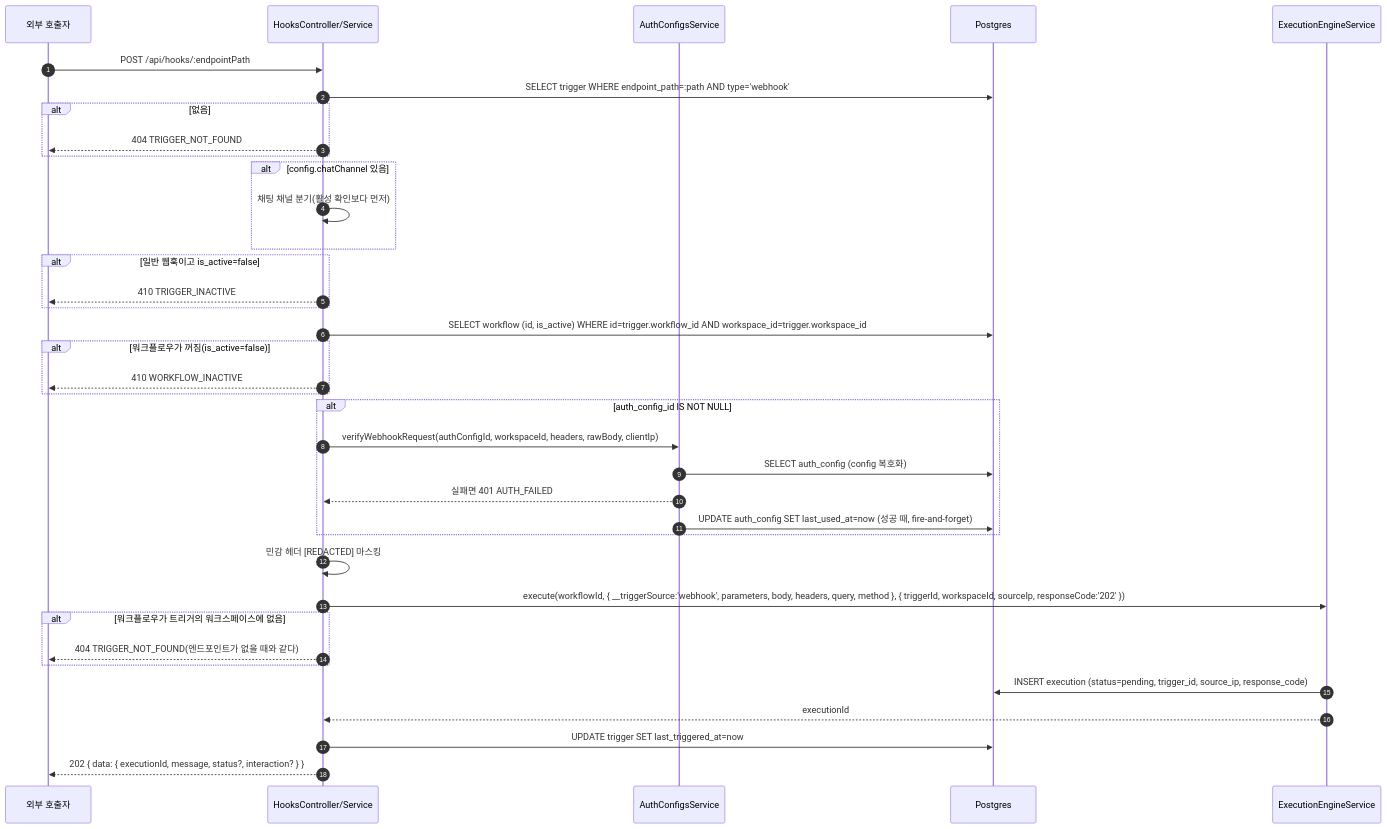
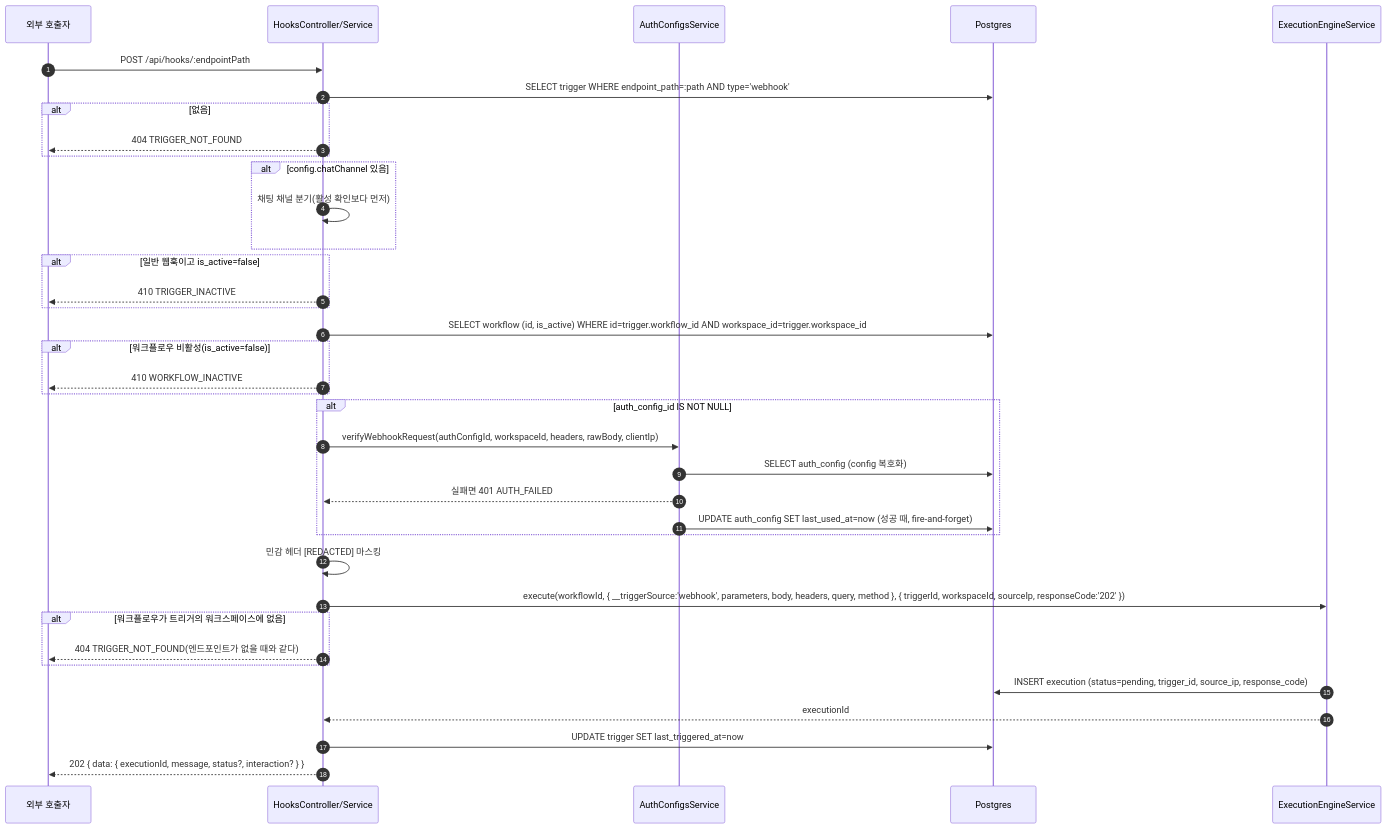
The third of 6 diagrams in spec/CLE-TRIG/CLE-TRIG-DATA.md (worker-ants/clemvion), drawn with Mermaid before and after one commit. The commit also changed other lines of this file and 13 other files, not shown here.

````diff
--- a/spec/CLE-TRIG/CLE-TRIG-DATA.md
+++ b/spec/CLE-TRIG/CLE-TRIG-DATA.md
@@ -242,39 +242,39 @@
 ```mermaid
 sequenceDiagram
     autonumber
     participant Ext as 외부 호출자
     participant Hk as HooksController/Service
     participant AC as AuthConfigsService
     participant PG as Postgres
     participant Eng as ExecutionEngineService
     Ext->>Hk: POST /api/hooks/:endpointPath
     Hk->>PG: SELECT trigger WHERE endpoint_path=:path AND type='webhook'
     alt 없음
         Hk-->>Ext: 404 TRIGGER_NOT_FOUND
     end
     alt config.chatChannel 있음
         Hk->>Hk: 채팅 채널 분기(활성 확인보다 먼저)
     end
     alt 일반 웹훅이고 is_active=false
         Hk-->>Ext: 410 TRIGGER_INACTIVE
     end
     Hk->>PG: SELECT workflow (id, is_active) WHERE id=trigger.workflow_id AND workspace_id=trigger.workspace_id
-    alt 워크플로우가 꺼짐(is_active=false)
+    alt 워크플로우 비활성(is_active=false)
         Hk-->>Ext: 410 WORKFLOW_INACTIVE
     end
     alt auth_config_id IS NOT NULL
         Hk->>AC: verifyWebhookRequest(authConfigId, workspaceId, headers, rawBody, clientIp)
         AC->>PG: SELECT auth_config (config 복호화)
         AC-->>Hk: 실패면 401 AUTH_FAILED
         AC->>PG: UPDATE auth_config SET last_used_at=now (성공 때, fire-and-forget)
     end
     Hk->>Hk: 민감 헤더 [REDACTED] 마스킹
     Hk->>Eng: execute(workflowId, { __triggerSource:'webhook', parameters, body, headers, query, method }, { triggerId, workspaceId, sourceIp, responseCode:'202' })
     alt 워크플로우가 트리거의 워크스페이스에 없음
         Hk-->>Ext: 404 TRIGGER_NOT_FOUND(엔드포인트가 없을 때와 같다)
     end
     Eng->>PG: INSERT execution (status=pending, trigger_id, source_ip, response_code)
     Eng-->>Hk: executionId
     Hk->>PG: UPDATE trigger SET last_triggered_at=now
     Hk-->>Ext: 202 { data: { executionId, message, status?, interaction? } }
 ```
````
